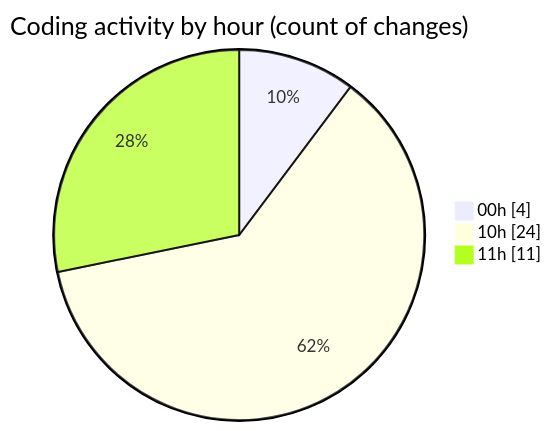
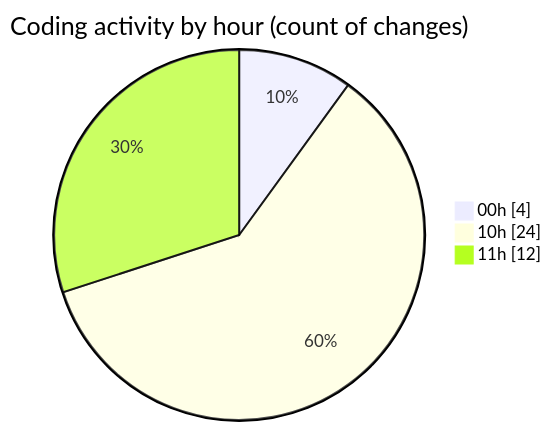
The second of 2 diagrams in 2025-04-04/back-end/README.md (Netris89/code-tracking), drawn with Mermaid before and after one commit. The commit also changed other lines of this file and 1 other file, not shown here.

````diff
--- a/2025-04-04/back-end/README.md
+++ b/2025-04-04/back-end/README.md
@@ -32,7 +32,7 @@
 ```mermaid
 pie showData
 title Coding activity by hour (count of changes)
 "00h" : 4
 "10h" : 24
-"11h" : 11
+"11h" : 12
 ```
````
